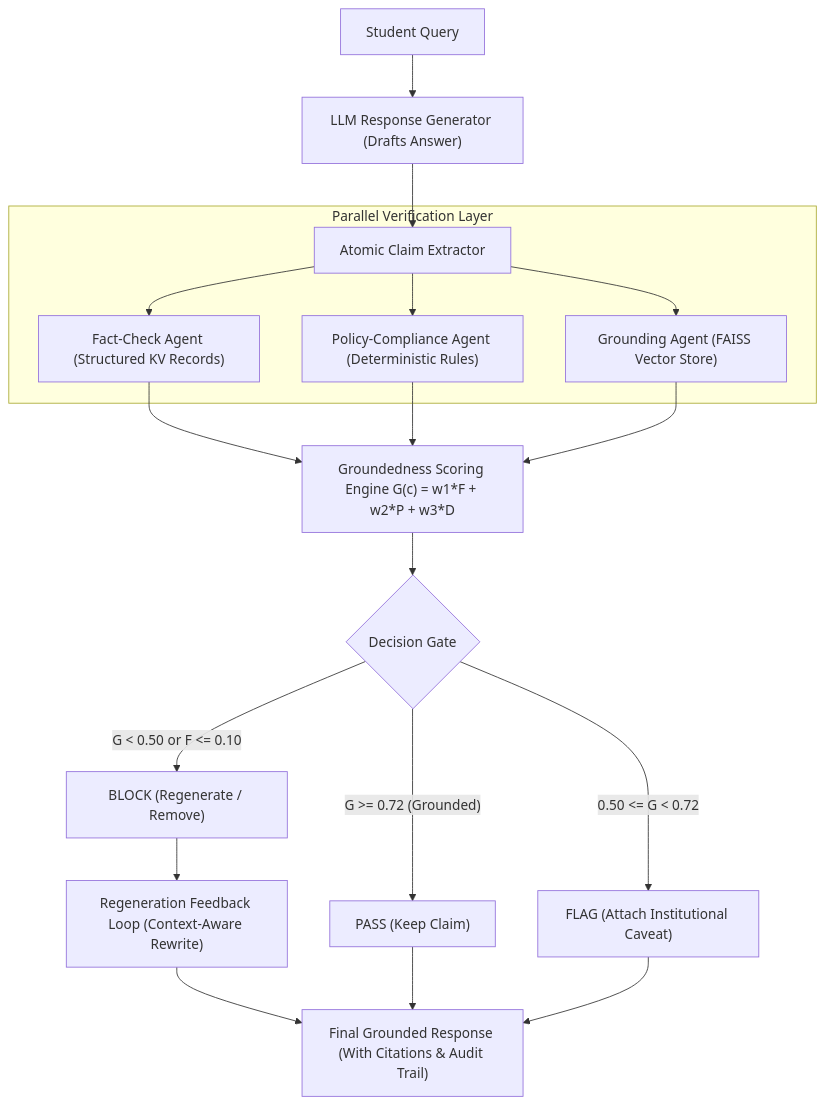
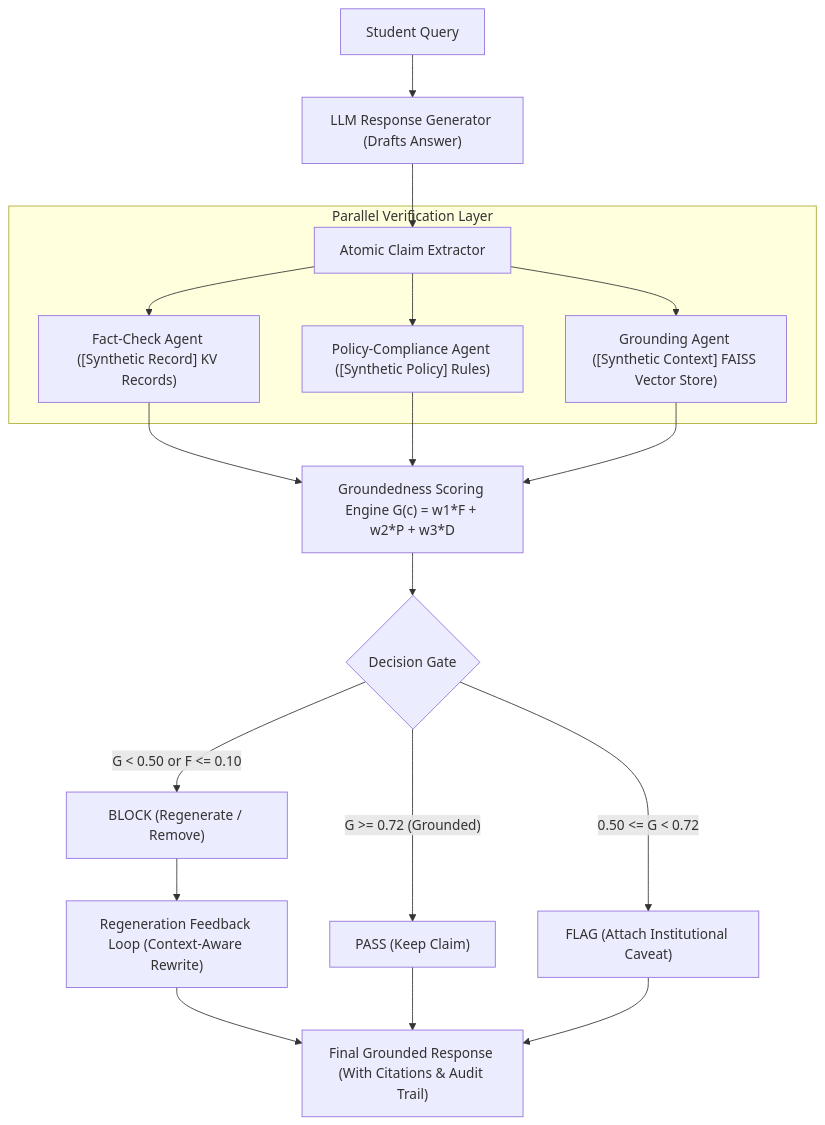
One commit to HanuP69/Capstone-Project changed the diagram in README.md. Above: the diagram before and after it, drawn with Mermaid. The commit also changed other lines of this file and 15 other files, not shown here.

````diff
--- a/README.md
+++ b/README.md
@@ -26,25 +30,25 @@
 ```mermaid
 flowchart TD
     Q["Student Query"] --> GEN["LLM Response Generator (Drafts Answer)"]
     GEN --> EXT["Atomic Claim Extractor"]
     
     subgraph MultiAgent ["Parallel Verification Layer"]
-        EXT --> FC["Fact-Check Agent (Structured KV Records)"]
-        EXT --> PC["Policy-Compliance Agent (Deterministic Rules)"]
-        EXT --> GA["Grounding Agent (FAISS Vector Store)"]
+        EXT --> FC["Fact-Check Agent ([Synthetic Record] KV Records)"]
+        EXT --> PC["Policy-Compliance Agent ([Synthetic Policy] Rules)"]
+        EXT --> GA["Grounding Agent ([Synthetic Context] FAISS Vector Store)"]
     end
     
     FC --> SC["Groundedness Scoring Engine G(c) = w1*F + w2*P + w3*D"]
     PC --> SC
     GA --> SC
     
     SC --> GATE{"Decision Gate"}
     GATE -- "G >= 0.72 (Grounded)" --> PASS["PASS (Keep Claim)"]
     GATE -- "0.50 <= G < 0.72" --> FLAG["FLAG (Attach Institutional Caveat)"]
     GATE -- "G < 0.50 or F <= 0.10" --> BLOCK["BLOCK (Regenerate / Remove)"]
     
     BLOCK --> REGEN["Regeneration Feedback Loop (Context-Aware Rewrite)"]
     REGEN --> FINAL["Final Grounded Response (With Citations & Audit Trail)"]
     PASS --> FINAL
     FLAG --> FINAL
 ```
````
